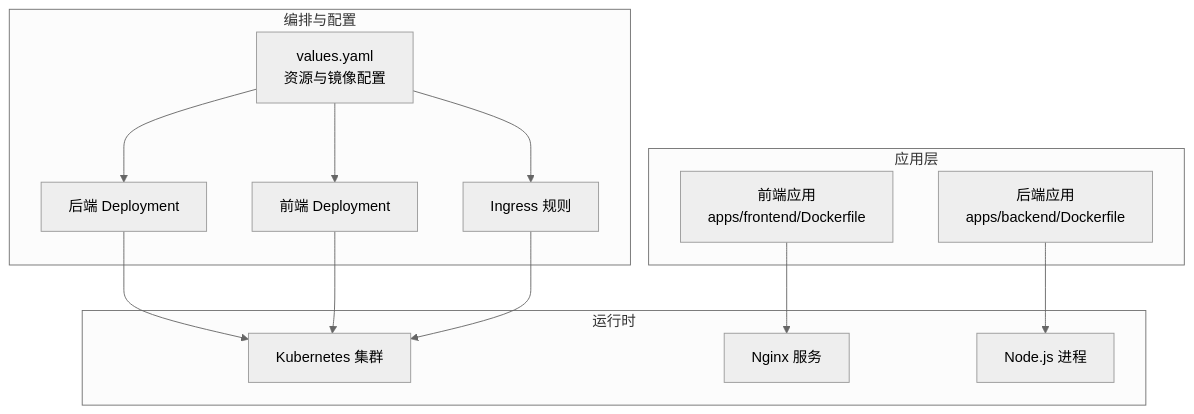
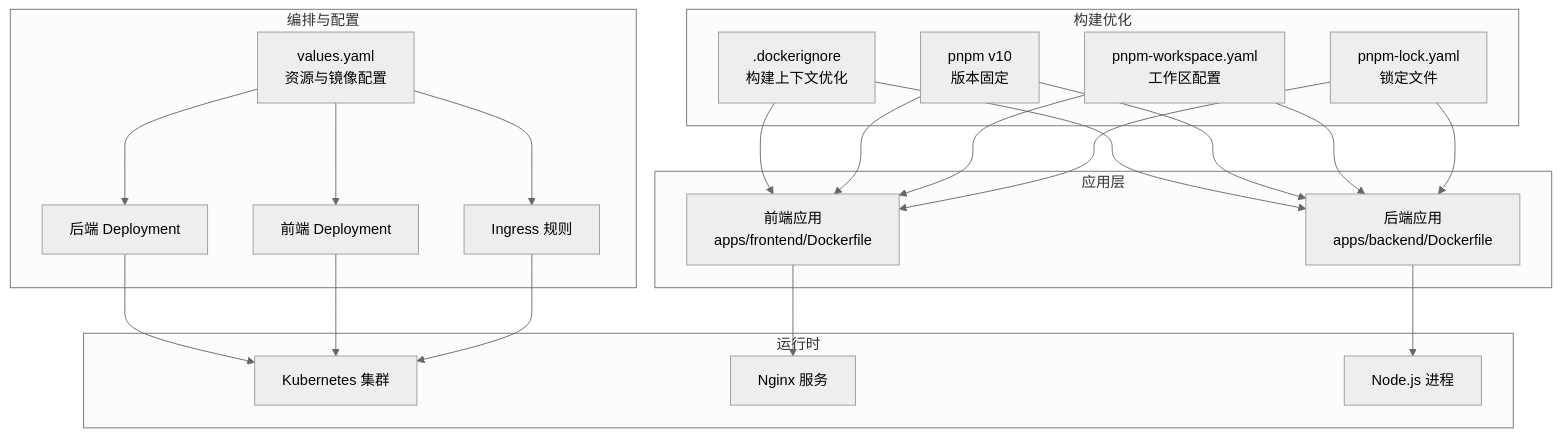
One commit to RabbitAI-Lab/Sandbox-Manager changed the first of 5 diagrams in .qoder/repowiki/zh/content/部署与运维/容器化与Docker.md. Above: the diagram before and after it, drawn with Mermaid (neutral theme). The commit also changed other lines of this file and 11 other files, not shown here.

````diff
--- a/.qoder/repowiki/zh/content/部署与运维/容器化与Docker.md
+++ b/.qoder/repowiki/zh/content/部署与运维/容器化与Docker.md
@@ -38,26 +50,40 @@
 ```mermaid
 graph TB
 subgraph "应用层"
 FE["前端应用<br/>apps/frontend/Dockerfile"]
 BE["后端应用<br/>apps/backend/Dockerfile"]
+end
+subgraph "构建优化"
+DockerIgnore[".dockerignore<br/>构建上下文优化"]
+PNPM10["pnpm v10<br/>版本固定"]
+Workspace["pnpm-workspace.yaml<br/>工作区配置"]
+Lock["pnpm-lock.yaml<br/>锁定文件"]
 end
 subgraph "运行时"
 K8s["Kubernetes 集群"]
 Nginx["Nginx 服务"]
 Node["Node.js 进程"]
 end
 subgraph "编排与配置"
 Values["values.yaml<br/>资源与镜像配置"]
 BE_Dep["后端 Deployment"]
 FE_Dep["前端 Deployment"]
 Ingress["Ingress 规则"]
 end
 FE --> Nginx
 BE --> Node
+DockerIgnore --> FE
+DockerIgnore --> BE
+PNPM10 --> FE
+PNPM10 --> BE
+Workspace --> FE
+Workspace --> BE
+Lock --> FE
+Lock --> BE
 Values --> BE_Dep
 Values --> FE_Dep
 Values --> Ingress
 BE_Dep --> K8s
 FE_Dep --> K8s
 Ingress --> K8s
 ```
````
